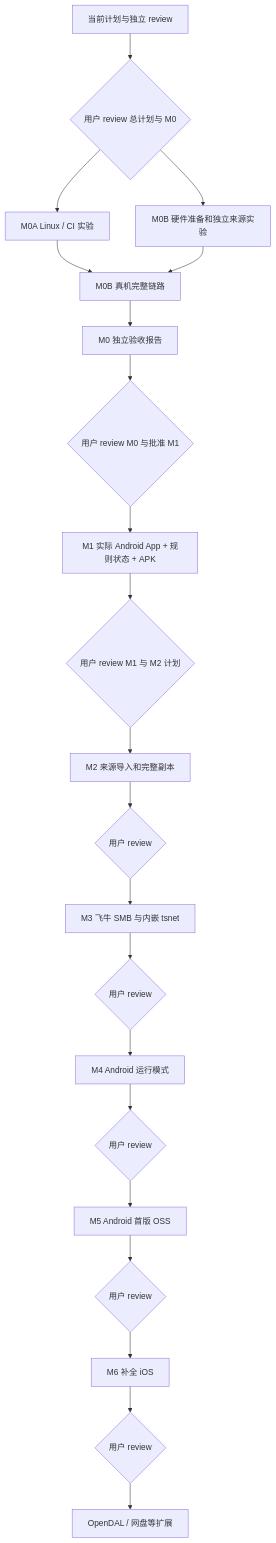
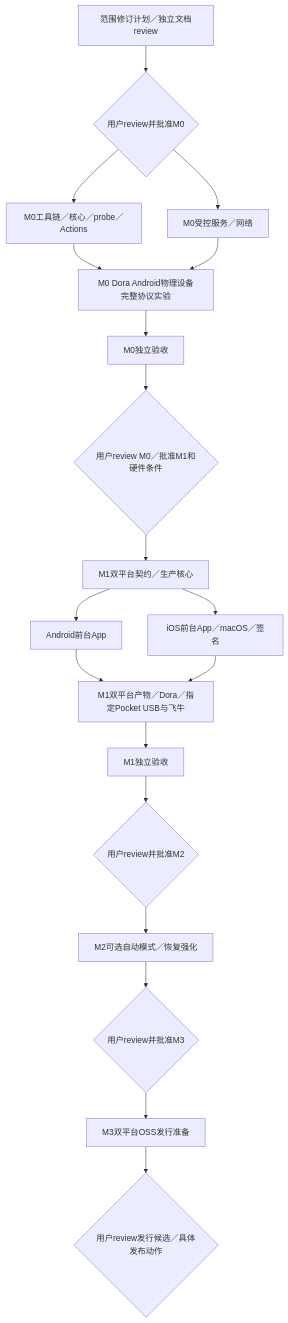
Before and after one commit to GhostFlying/ferry: the diagram in docs/implementation-plan.md, drawn with Mermaid. The commit also changed other lines of this file and 9 other files, not shown here.

````diff
--- a/docs/implementation-plan.md
+++ b/docs/implementation-plan.md
@@ -27,23 +16,21 @@
 ```mermaid
 flowchart TD
-    P[当前计划与独立 review] --> U0{用户 review 总计划与 M0}
-    U0 --> A[M0A Linux / CI 实验]
-    U0 --> H[M0B 硬件准备和独立来源实验]
-    A --> B[M0B 真机完整链路]
-    H --> B
-    B --> R0[M0 独立验收报告]
-    R0 --> U1{用户 review M0 与批准 M1}
-    U1 --> M1[M1 实际 Android App + 规则状态 + APK]
-    M1 --> U2{用户 review M1 与 M2 计划}
-    U2 --> M2[M2 来源导入和完整副本]
-    M2 --> U3{用户 review}
-    U3 --> M3[M3 飞牛 SMB 与内嵌 tsnet]
-    M3 --> U4{用户 review}
-    U4 --> M4[M4 Android 运行模式]
-    M4 --> U5{用户 review}
-    U5 --> M5[M5 Android 首版 OSS]
-    M5 --> U6{用户 review}
-    U6 --> M6[M6 补全 iOS]
-    M6 --> U7{用户 review}
-    U7 --> L[OpenDAL / 网盘等扩展]
+    R[范围修订计划／独立文档review] --> U0{用户review并批准M0}
+    U0 --> A[M0工具链／核心／probe／Actions]
+    U0 --> C[M0受控服务／网络]
+    A --> D[M0 Dora Android物理设备完整协议实验]
+    C --> D
+    D --> R0[M0独立验收]
+    R0 --> U1{用户review M0／批准M1和硬件条件}
+    U1 --> P[M1双平台契约／生产核心]
+    P --> Android[Android前台App]
+    P --> IOS[iOS前台App／macOS／签名]
+    Android --> V[M1双平台产物／Dora／指定Pocket USB与飞牛]
+    IOS --> V
+    V --> R1[M1独立验收]
+    R1 --> U2{用户review并批准M2}
+    U2 --> M2[M2可选自动模式／恢复强化]
+    M2 --> U3{用户review并批准M3}
+    U3 --> M3[M3双平台OSS发行准备]
+    M3 --> U4{用户review发行候选／具体发布动作}
 ```
````
